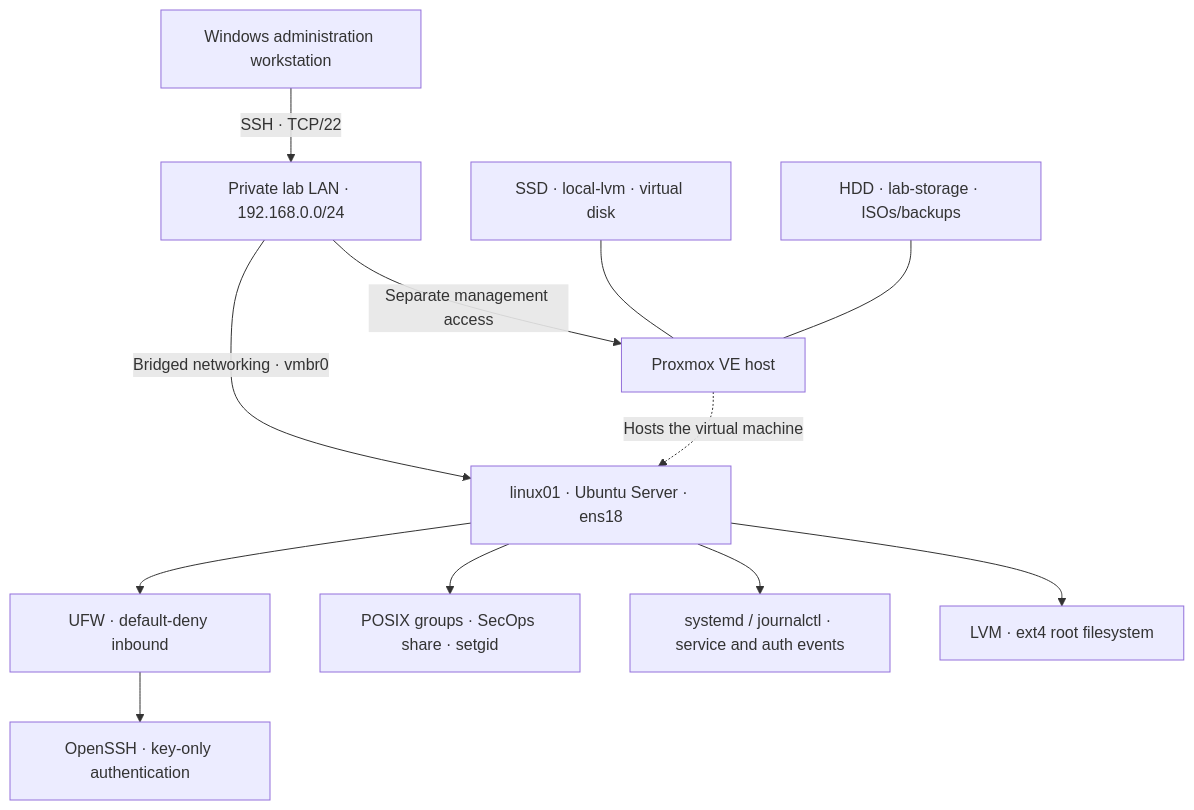
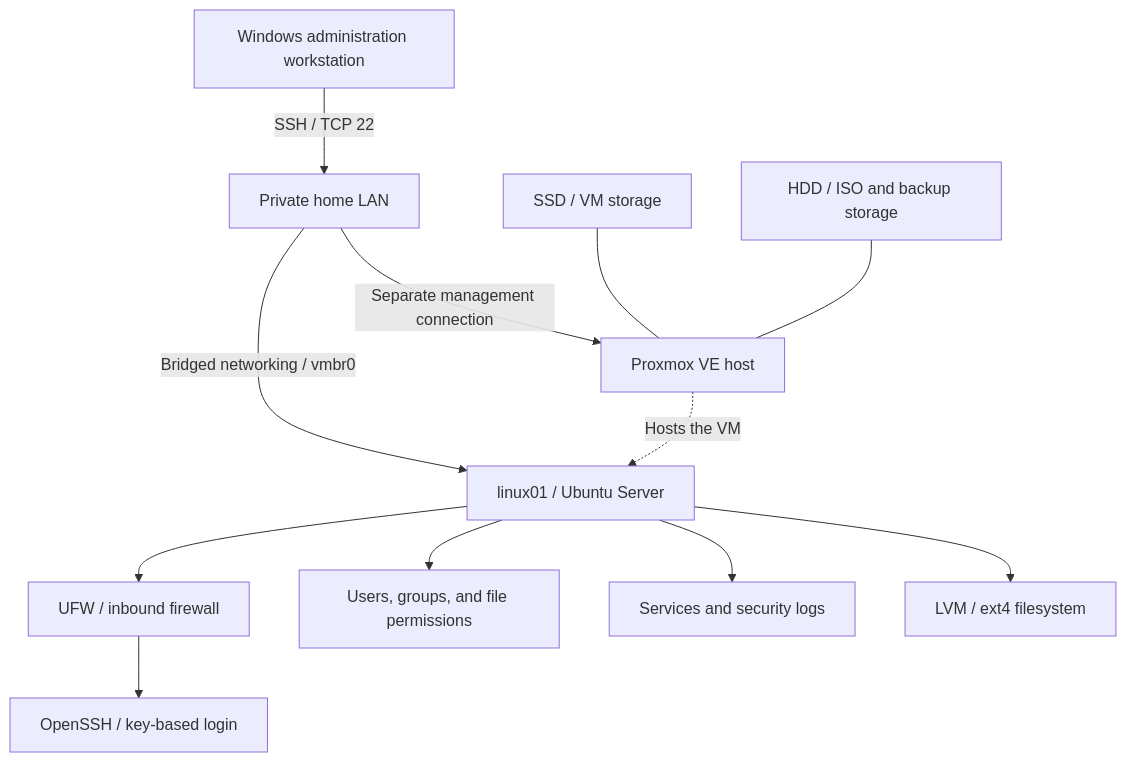
The diagram in README.md (KingRichardVII/linux-server-security-hardening), drawn with Mermaid before and after one commit. The commit also changed other lines of this file, not shown here.

Commit message:
docs: improve Lab 01 README clarity and writing style

````diff
--- a/README.md
+++ b/README.md
@@ -13,14 +24,14 @@
 ```mermaid
 flowchart TD
-    A["Windows administration workstation"] -->|"SSH · TCP/22"| B["Private lab LAN · 192.168.0.0/24"]
-    B -->|"Bridged networking · vmbr0"| D["linux01 · Ubuntu Server · ens18"]
-    B -->|"Separate management access"| C["Proxmox VE host"]
-    C -.->|"Hosts the virtual machine"| D
-    J["SSD · local-lvm · virtual disk"] --- C
-    K["HDD · lab-storage · ISOs/backups"] --- C
-    D --> E["UFW · default-deny inbound"]
-    E --> F["OpenSSH · key-only authentication"]
-    D --> G["POSIX groups · SecOps share · setgid"]
-    D --> H["systemd / journalctl · service and auth events"]
-    D --> I["LVM · ext4 root filesystem"]
+    A["Windows administration workstation"] -->|"SSH / TCP 22"| B["Private home LAN"]
+    B -->|"Bridged networking / vmbr0"| D["linux01 / Ubuntu Server"]
+    B -->|"Separate management connection"| C["Proxmox VE host"]
+    C -.->|"Hosts the VM"| D
+    J["SSD / VM storage"] --- C
+    K["HDD / ISO and backup storage"] --- C
+    D --> E["UFW / inbound firewall"]
+    E --> F["OpenSSH / key-based login"]
+    D --> G["Users, groups, and file permissions"]
+    D --> H["Services and security logs"]
+    D --> I["LVM / ext4 filesystem"]
 ```
````
